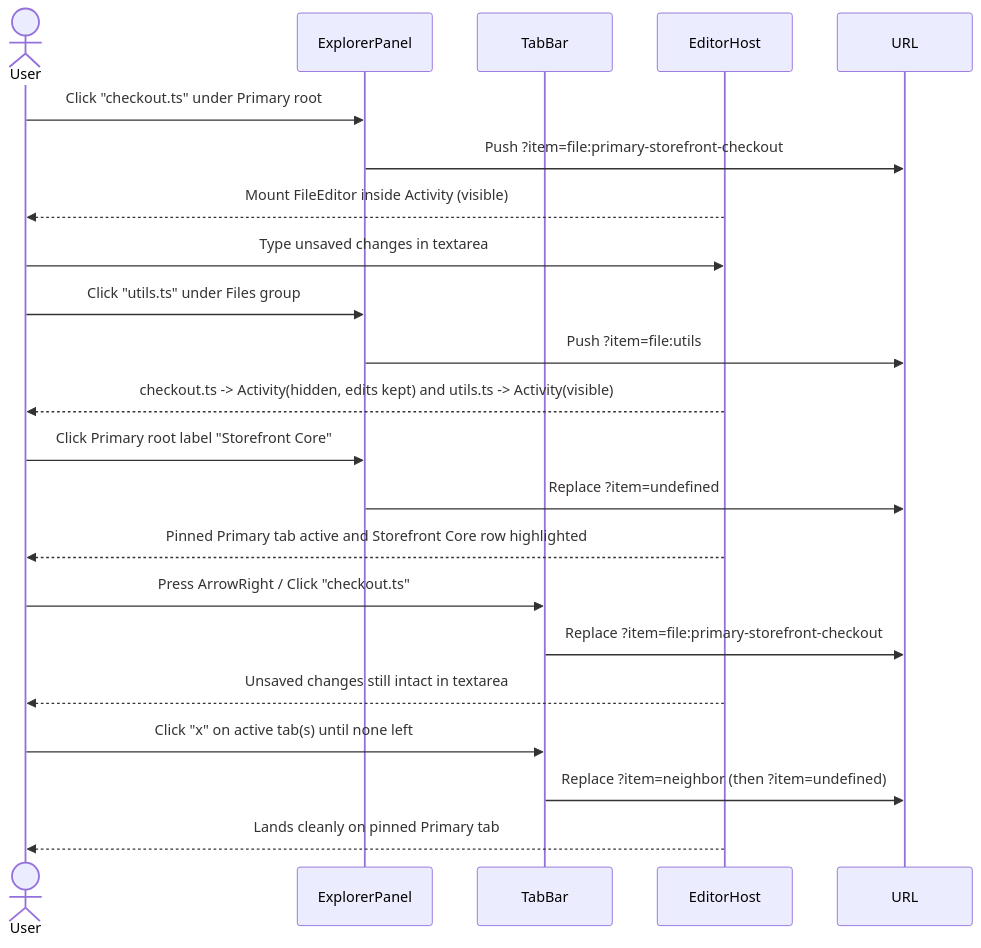
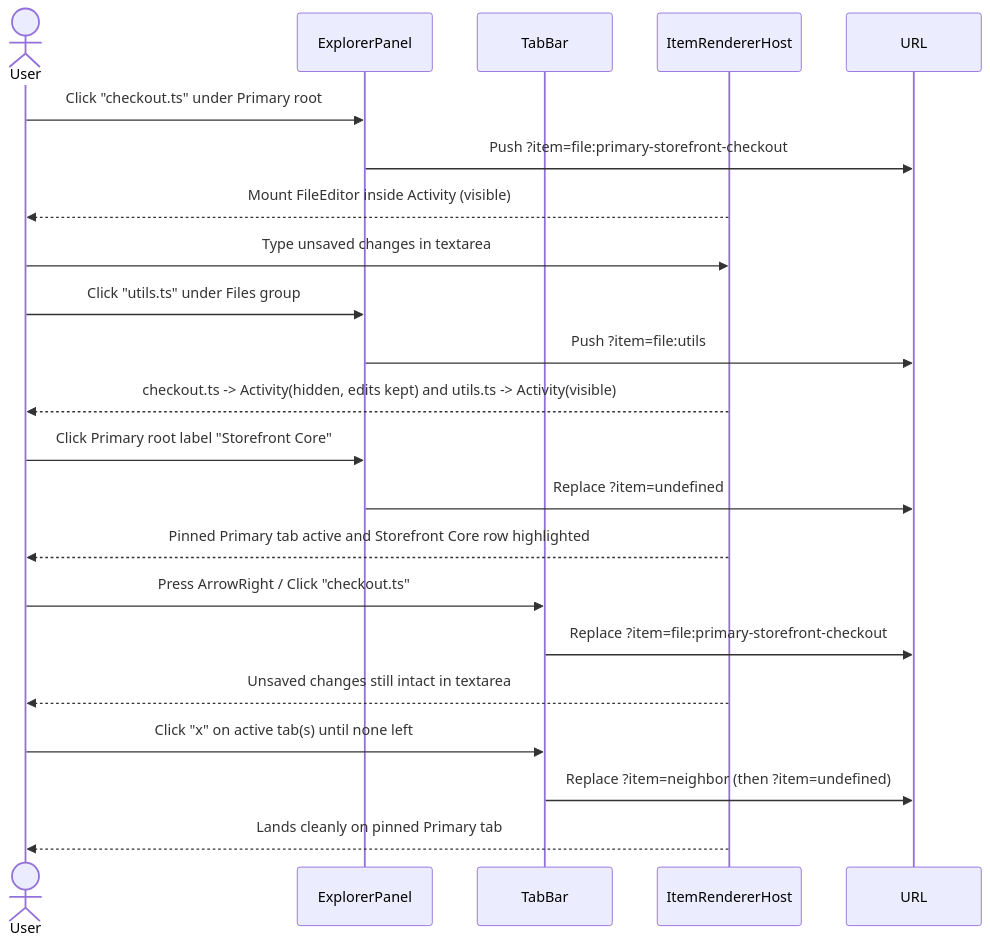
Before and after one commit to ppongtong/ide-shell: the tenth of 12 diagrams in docs/DESIGN.md, drawn with Mermaid. The commit also changed other lines of this file and 3 other files, not shown here.

Commit message:
Rename EditorHost to ItemRendererHost

````diff
--- a/docs/DESIGN.md
+++ b/docs/DESIGN.md
@@ -484,29 +484,29 @@
 ```mermaid
 sequenceDiagram
     actor User
     participant Exp as ExplorerPanel
     participant Bar as TabBar
-    participant Host as EditorHost
+    participant Host as ItemRendererHost
     participant Router as URL
 
     User->>Exp: Click "checkout.ts" under Primary root
     Exp->>Router: Push ?item=file:primary-storefront-checkout
     Host-->>User: Mount FileEditor inside Activity (visible)
     User->>Host: Type unsaved changes in textarea
 
     User->>Exp: Click "utils.ts" under Files group
     Exp->>Router: Push ?item=file:utils
     Host-->>User: checkout.ts -> Activity(hidden, edits kept) and utils.ts -> Activity(visible)
 
     User->>Exp: Click Primary root label "Storefront Core"
     Exp->>Router: Replace ?item=undefined
     Host-->>User: Pinned Primary tab active and Storefront Core row highlighted
 
     User->>Bar: Press ArrowRight / Click "checkout.ts"
     Bar->>Router: Replace ?item=file:primary-storefront-checkout
     Host-->>User: Unsaved changes still intact in textarea
 
     User->>Bar: Click "x" on active tab(s) until none left
     Bar->>Router: Replace ?item=neighbor (then ?item=undefined)
     Host-->>User: Lands cleanly on pinned Primary tab
 ```
````
